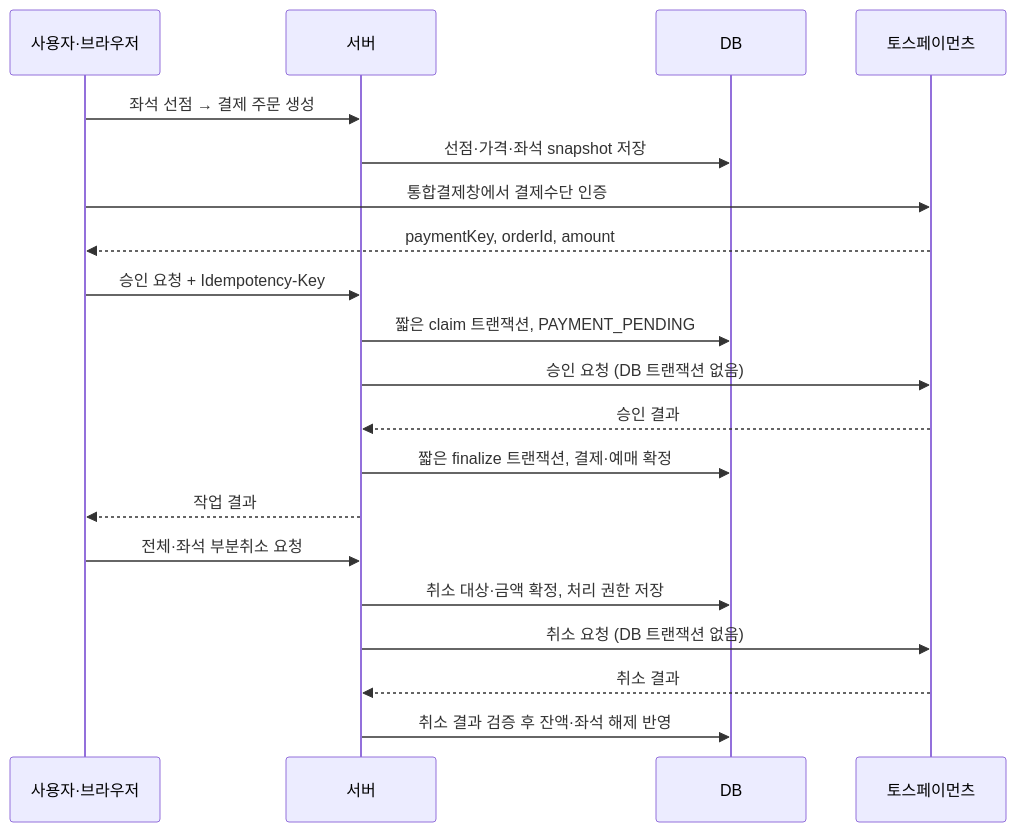
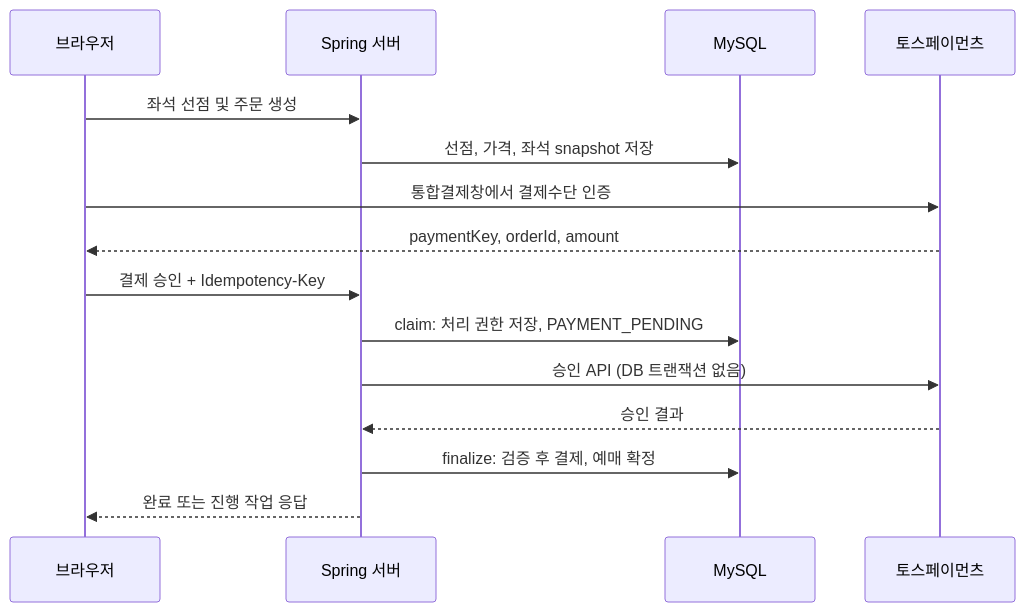
One commit to CEOS-Developers/spring-cgv-24th changed the first of 2 diagrams in README.md. Above: the diagram before and after it, drawn with Mermaid. The commit also changed other lines of this file, not shown here.

````diff
--- a/README.md
+++ b/README.md
@@ -42,22 +57,17 @@
 ```mermaid
 sequenceDiagram
-    participant U as 사용자·브라우저
-    participant S as 서버
-    participant D as DB
+    participant U as 브라우저
+    participant S as Spring 서버
+    participant D as MySQL
     participant P as 토스페이먼츠
-    U->>S: 좌석 선점 → 결제 주문 생성
-    S->>D: 선점·가격·좌석 snapshot 저장
+    U->>S: 좌석 선점 및 주문 생성
+    S->>D: 선점, 가격, 좌석 snapshot 저장
     U->>P: 통합결제창에서 결제수단 인증
     P-->>U: paymentKey, orderId, amount
-    U->>S: 승인 요청 + Idempotency-Key
-    S->>D: 짧은 claim 트랜잭션, PAYMENT_PENDING
-    S->>P: 승인 요청 (DB 트랜잭션 없음)
+    U->>S: 결제 승인 + Idempotency-Key
+    S->>D: claim: 처리 권한 저장, PAYMENT_PENDING
+    S->>P: 승인 API (DB 트랜잭션 없음)
     P-->>S: 승인 결과
-    S->>D: 짧은 finalize 트랜잭션, 결제·예매 확정
-    S-->>U: 작업 결과
-    U->>S: 전체·좌석 부분취소 요청
-    S->>D: 취소 대상·금액 확정, 처리 권한 저장
-    S->>P: 취소 요청 (DB 트랜잭션 없음)
-    P-->>S: 취소 결과
-    S->>D: 취소 결과 검증 후 잔액·좌석 해제 반영
+    S->>D: finalize: 검증 후 결제, 예매 확정
+    S-->>U: 완료 또는 진행 작업 응답
 ```
````
